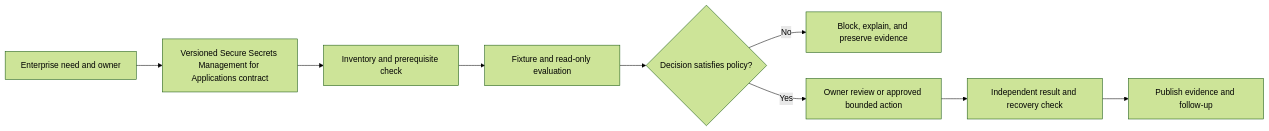
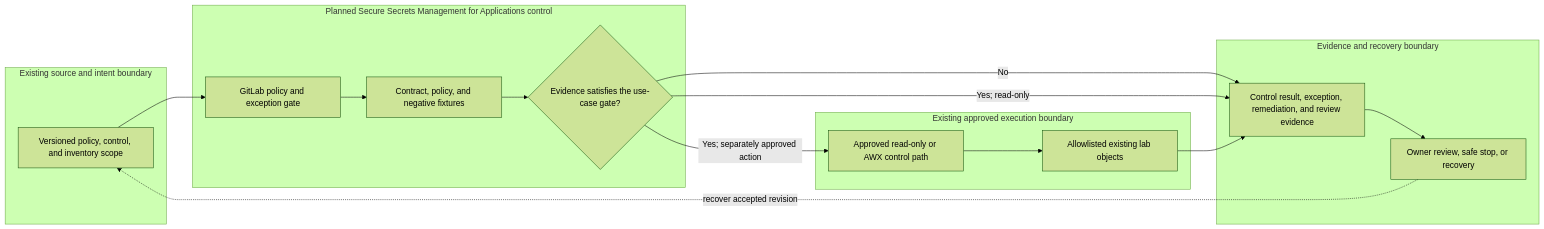
The diagram in docs/use-cases/governance/UC-GOV-003-secure-secrets-management-for-applications.md (MIDHTECH/enterprise-architecture-docs), drawn with Mermaid (forest theme) before and after one commit. The commit also changed other lines of this file and 227 other files, not shown here.

Commit message:
Deepen architecture for all use case designs

````diff
--- a/docs/use-cases/governance/UC-GOV-003-secure-secrets-management-for-applications.md
+++ b/docs/use-cases/governance/UC-GOV-003-secure-secrets-management-for-applications.md
@@ -136,11 +129,25 @@
 ```mermaid
 flowchart LR
-    Need["Enterprise need and owner"] --> Contract["Versioned Secure Secrets Management for Applications contract"]
-    Contract --> Preflight["Inventory and prerequisite check"]
-    Preflight --> Evaluate["Fixture and read-only evaluation"]
-    Evaluate --> Decision{"Decision satisfies policy?"}
-    Decision -->|No| Stop["Block, explain, and preserve evidence"]
-    Decision -->|Yes| Review["Owner review or approved bounded action"]
-    Review --> Verify["Independent result and recovery check"]
-    Verify --> Publish["Publish evidence and follow-up"]
+    subgraph Source["Existing source and intent boundary"]
+        A["Versioned policy, control, and inventory scope"]
+    end
+    subgraph Planned["Planned Secure Secrets Management for Applications control"]
+        B["GitLab policy and exception gate"]
+        C["Contract, policy, and negative fixtures"]
+        D{"Evidence satisfies the use-case gate?"}
+    end
+    subgraph Runtime["Existing approved execution boundary"]
+        E["Approved read-only or AWX control path"]
+        F["Allowlisted existing lab objects"]
+    end
+    subgraph Assurance["Evidence and recovery boundary"]
+        G["Control result, exception, remediation, and review evidence"]
+        H["Owner review, safe stop, or recovery"]
+    end
+
+    A --> B --> C --> D
+    D -->|No| G --> H
+    D -->|Yes; read-only| G
+    D -->|Yes; separately approved action| E --> F --> G
+    H -. recover accepted revision .-> A
 ```
````
